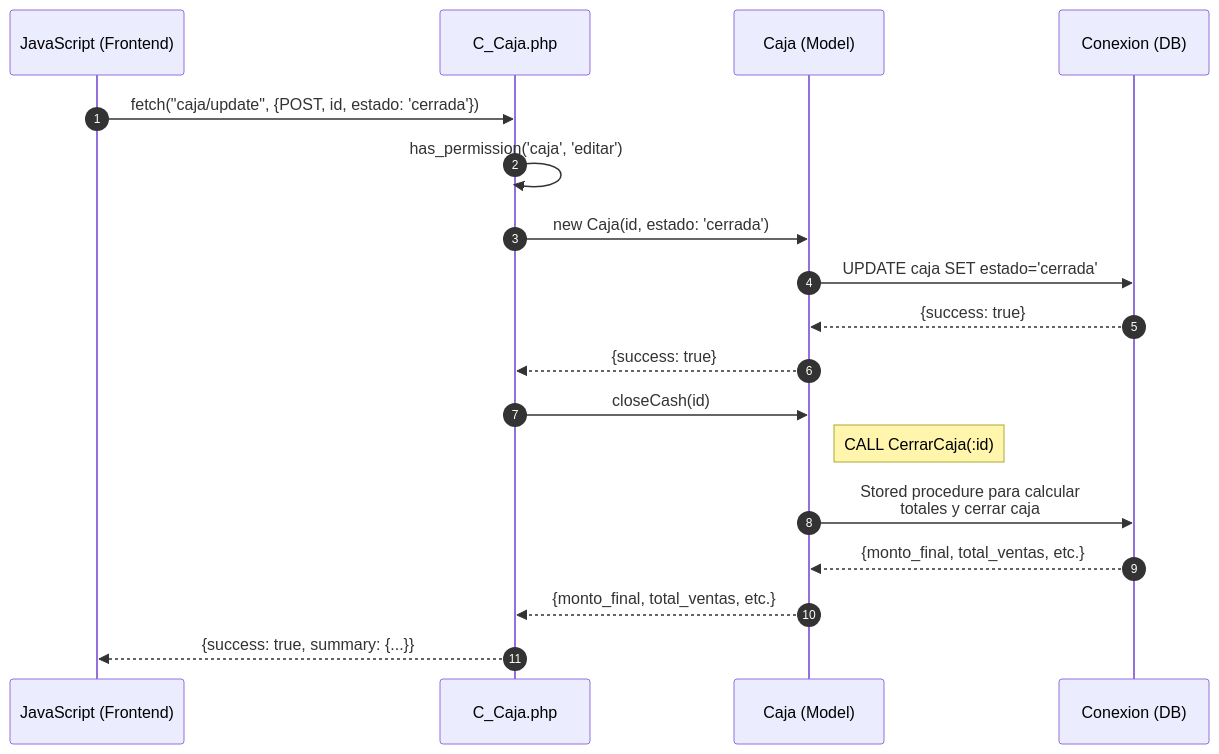
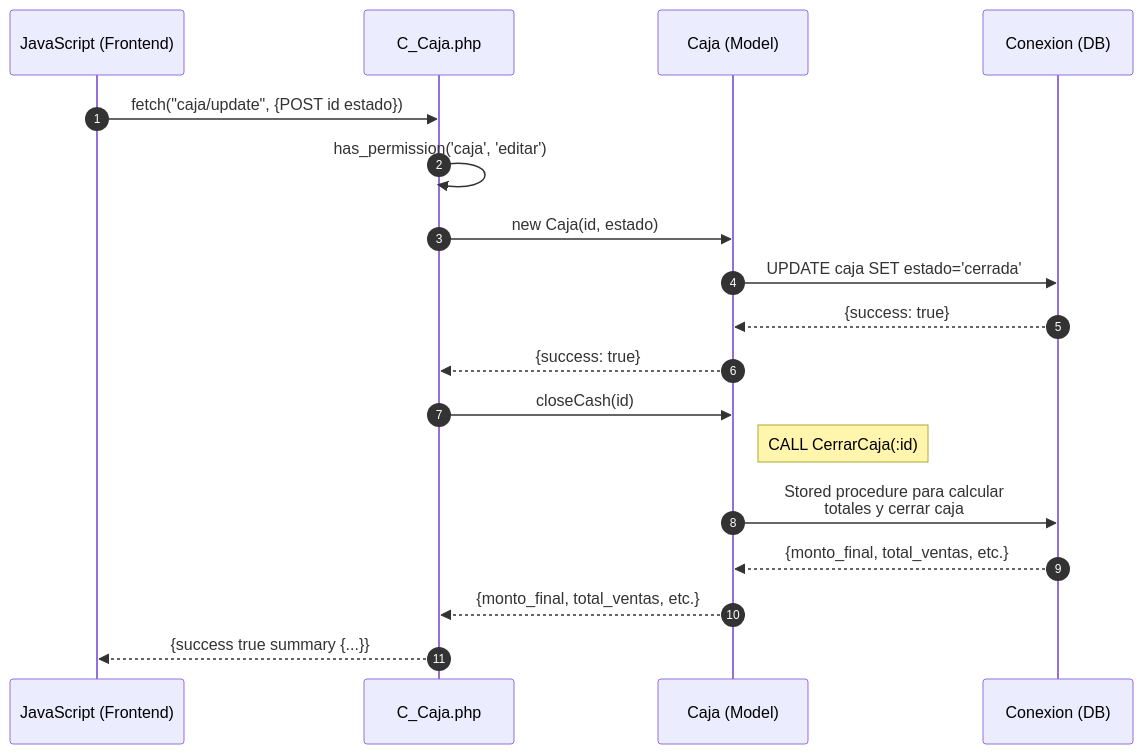
Before and after one commit to Tecrato/BurgerHouse: the fourth of 5 diagrams in docs/secuencia/caja/caja.md, drawn with Mermaid. The commit also changed other lines of this file and 13 other files, not shown here.

Commit message:
diagramas de secuencia

````diff
--- a/docs/secuencia/caja/caja.md
+++ b/docs/secuencia/caja/caja.md
@@ -96,25 +91,25 @@
 ```mermaid
 sequenceDiagram
     autonumber
     participant JS as JavaScript (Frontend)
     participant C_Caja as C_Caja.php
     participant Caja as Caja (Model)
     participant DB as Conexion (DB)
     
-    JS->>C_Caja: fetch("caja/update", {POST, id, estado: 'cerrada'})
+    JS->>C_Caja: fetch("caja/update", {POST id estado})
     
     C_Caja->>C_Caja: has_permission('caja', 'editar')
     
-    C_Caja->>Caja: new Caja(id, estado: 'cerrada')
+    C_Caja->>Caja: new Caja(id, estado)
     Caja->>DB: UPDATE caja SET estado='cerrada'
     DB-->>Caja: {success: true}
     Caja-->>C_Caja: {success: true}
     
     C_Caja->>Caja: closeCash(id)
     Note right of Caja: CALL CerrarCaja(:id)
     Caja->>DB: Stored procedure para calcular<br/>totales y cerrar caja
     DB-->>Caja: {monto_final, total_ventas, etc.}
     Caja-->>C_Caja: {monto_final, total_ventas, etc.}
     
-    C_Caja-->>JS: {success: true, summary: {...}}
+    C_Caja-->>JS: {success true summary {...}}
 ```
````
